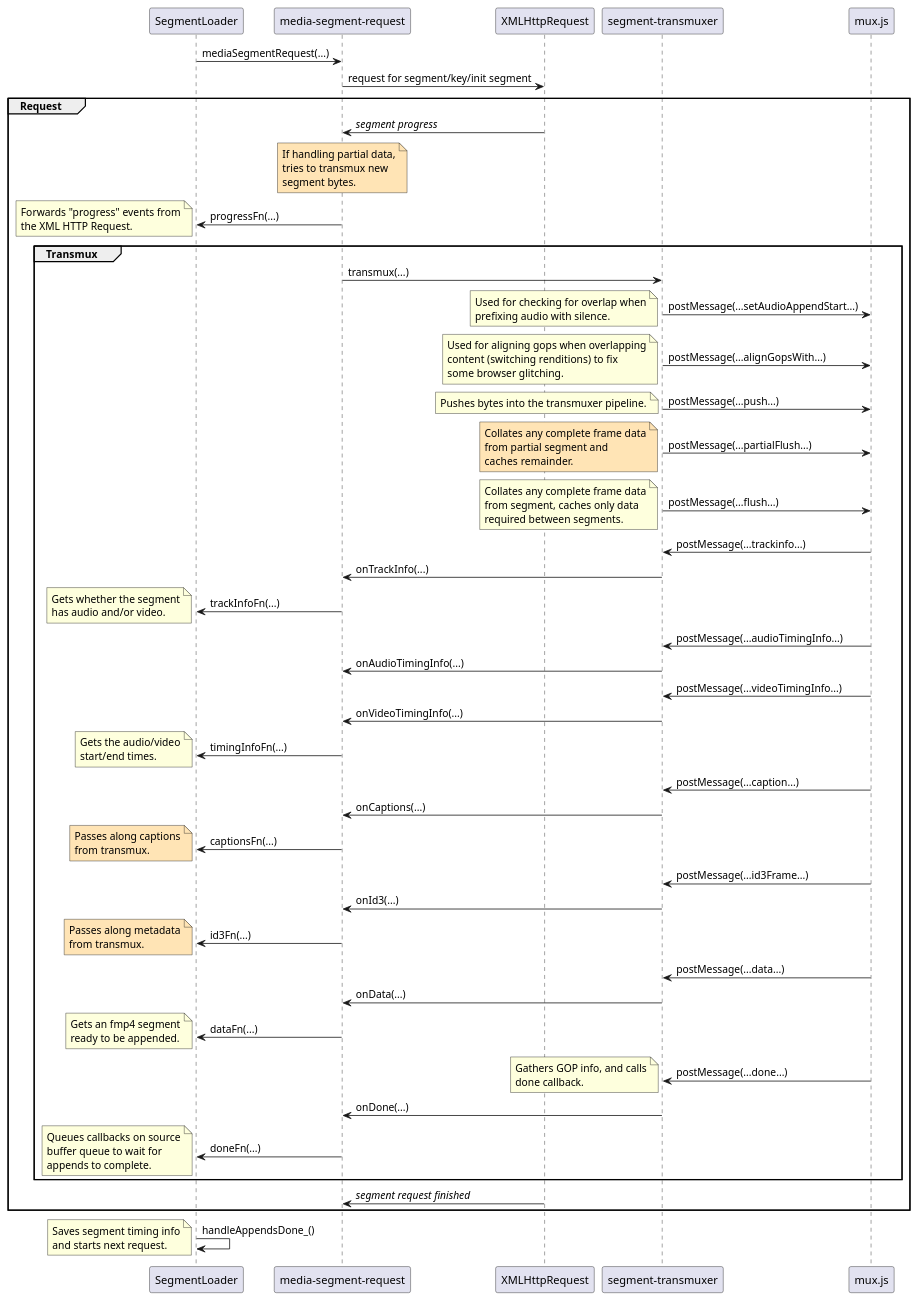
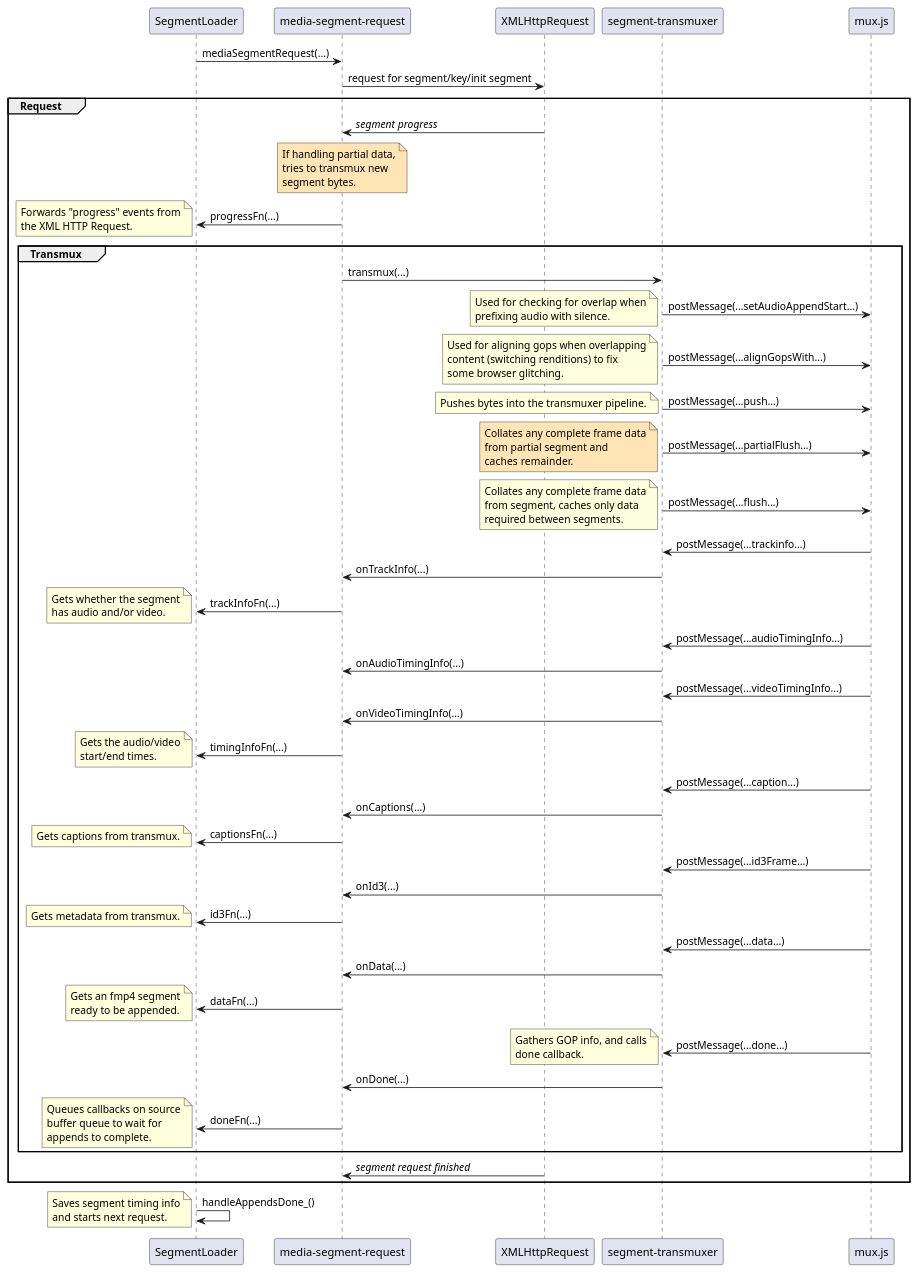
One commit to videojs/http-streaming changed the diagram in docs/lhls/new-segment-loader-sequence.plantuml. Above: the diagram before and after it, drawn with PlantUML. The commit also changed 1 other file, not shown here.

Commit message:
Fixing sequence diagram

```diff
--- a/docs/lhls/new-segment-loader-sequence.plantuml
+++ b/docs/lhls/new-segment-loader-sequence.plantuml
@@ -1,120 +1,118 @@
 @startuml
 
 participant SegmentLoader order 1
 participant "media-segment-request" order 2
 participant XMLHttpRequest order 3
 participant "segment-transmuxer" order 4
 participant mux.js order 5
 
 SegmentLoader -> "media-segment-request" : mediaSegmentRequest(...)
 "media-segment-request" -> XMLHttpRequest : request for segment/key/init segment
 
 group Request
   XMLHttpRequest -> "media-segment-request" : //segment progress//
   note over "media-segment-request" #moccasin
    If handling partial data,
    tries to transmux new
    segment bytes.
   end note
   "media-segment-request" -> SegmentLoader : progressFn(...)
   note left
     Forwards "progress" events from
     the XML HTTP Request.
   end note
   group Transmux
     "media-segment-request" -> "segment-transmuxer" : transmux(...)
 
     "segment-transmuxer" -> mux.js : postMessage(...setAudioAppendStart...)
     note left
       Used for checking for overlap when
       prefixing audio with silence.
     end note
     "segment-transmuxer" -> mux.js : postMessage(...alignGopsWith...)
     note left
       Used for aligning gops when overlapping
       content (switching renditions) to fix
       some browser glitching.
     end note
 
     "segment-transmuxer" -> mux.js : postMessage(...push...)
     note left
       Pushes bytes into the transmuxer pipeline.
     end note
 
     "segment-transmuxer" -> mux.js : postMessage(...partialFlush...)
     note left #moccasin
       Collates any complete frame data
       from partial segment and
       caches remainder.
     end note
     "segment-transmuxer" -> mux.js : postMessage(...flush...)
     note left
       Collates any complete frame data
       from segment, caches only data
       required between segments.
     end note
 
     "mux.js" -> "segment-transmuxer" : postMessage(...trackinfo...)
     "segment-transmuxer" -> "media-segment-request" : onTrackInfo(...)
     "media-segment-request" -> SegmentLoader : trackInfoFn(...)
     note left
       Gets whether the segment
       has audio and/or video.
     end note
     "mux.js" -> "segment-transmuxer" : postMessage(...audioTimingInfo...)
     "segment-transmuxer" -> "media-segment-request" : onAudioTimingInfo(...)
     "mux.js" -> "segment-transmuxer" : postMessage(...videoTimingInfo...)
     "segment-transmuxer" -> "media-segment-request" : onVideoTimingInfo(...)
     "media-segment-request" -> SegmentLoader : timingInfoFn(...)
     note left
       Gets the audio/video
       start/end times.
     end note
 
     "mux.js" -> "segment-transmuxer" : postMessage(...caption...)
     "segment-transmuxer" -> "media-segment-request" : onCaptions(...)
     "media-segment-request" -> SegmentLoader : captionsFn(...)
-    note left #moccasin
-      Passes along captions
-      from transmux.
+    note left
+      Gets captions from transmux.
     end note
 
     "mux.js" -> "segment-transmuxer" : postMessage(...id3Frame...)
     "segment-transmuxer" -> "media-segment-request" : onId3(...)
     "media-segment-request" -> SegmentLoader : id3Fn(...)
-    note left #moccasin
-      Passes along metadata
-      from transmux.
+    note left
+      Gets metadata from transmux.
     end note
 
     "mux.js" -> "segment-transmuxer" : postMessage(...data...)
     "segment-transmuxer" -> "media-segment-request" : onData(...)
     "media-segment-request" -> SegmentLoader : dataFn(...)
     note left
       Gets an fmp4 segment
       ready to be appended.
     end note
 
     "mux.js" -> "segment-transmuxer" : postMessage(...done...)
     note left
       Gathers GOP info, and calls
       done callback.
     end note
     "segment-transmuxer" -> "media-segment-request" : onDone(...)
     "media-segment-request" -> SegmentLoader : doneFn(...)
     note left
       Queues callbacks on source
       buffer queue to wait for
       appends to complete.
     end note
   end
   XMLHttpRequest -> "media-segment-request" : //segment request finished//
 end
 
 SegmentLoader -> SegmentLoader : handleAppendsDone_()
 note left
   Saves segment timing info
   and starts next request.
 end note
 
 @enduml
```
